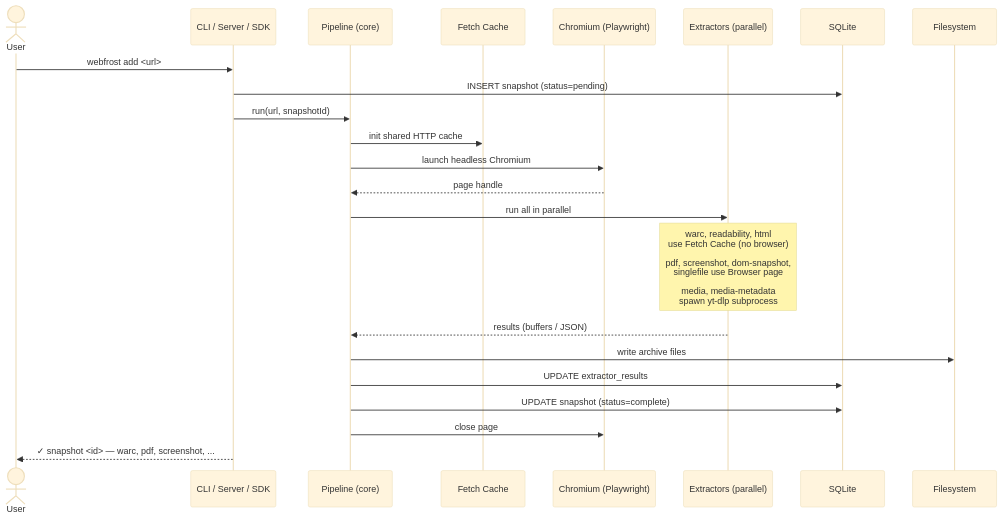
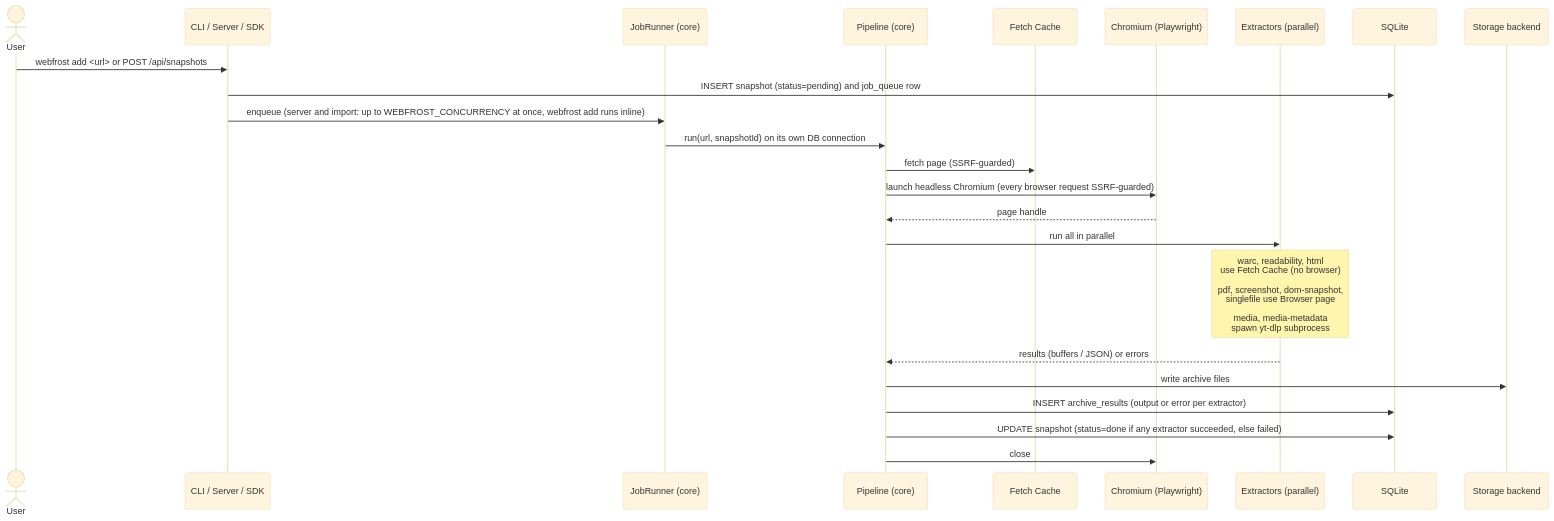
Before and after one commit to gtkatakura/webfrost: the first of 4 diagrams in docs/explanation/pipeline.md, drawn with Mermaid (base theme). The commit also changed other lines of this file and 55 other files, not shown here.

````diff
--- a/docs/explanation/pipeline.md
+++ b/docs/explanation/pipeline.md
@@ -13,31 +13,31 @@
 ```mermaid
 sequenceDiagram
   actor User
   participant CLI as CLI / Server / SDK
+  participant Runner as JobRunner (core)
   participant Pipeline as Pipeline (core)
   participant Cache as Fetch Cache
   participant Browser as Chromium (Playwright)
   participant Extractors as Extractors (parallel)
   participant DB as SQLite
-  participant FS as Filesystem
+  participant FS as Storage backend
 
-  User->>CLI: webfrost add <url>
-  CLI->>DB: INSERT snapshot (status=pending)
-  CLI->>Pipeline: run(url, snapshotId)
+  User->>CLI: webfrost add <url> or POST /api/snapshots
+  CLI->>DB: INSERT snapshot (status=pending) and job_queue row
+  CLI->>Runner: enqueue (server and import: up to WEBFROST_CONCURRENCY at once, webfrost add runs inline)
+  Runner->>Pipeline: run(url, snapshotId) on its own DB connection
 
-  Pipeline->>Cache: init shared HTTP cache
-  Pipeline->>Browser: launch headless Chromium
+  Pipeline->>Cache: fetch page (SSRF-guarded)
+  Pipeline->>Browser: launch headless Chromium (every browser request SSRF-guarded)
   Browser-->>Pipeline: page handle
 
   Pipeline->>Extractors: run all in parallel
   note over Extractors: warc, readability, html<br/>use Fetch Cache (no browser)<br/><br/>pdf, screenshot, dom-snapshot,<br/>singlefile use Browser page<br/><br/>media, media-metadata<br/>spawn yt-dlp subprocess
 
-  Extractors-->>Pipeline: results (buffers / JSON)
+  Extractors-->>Pipeline: results (buffers / JSON) or errors
 
   Pipeline->>FS: write archive files
-  Pipeline->>DB: UPDATE extractor_results
-  Pipeline->>DB: UPDATE snapshot (status=complete)
-  Pipeline->>Browser: close page
-
-  CLI-->>User: ✓ snapshot <id> — warc, pdf, screenshot, ...
+  Pipeline->>DB: INSERT archive_results (output or error per extractor)
+  Pipeline->>DB: UPDATE snapshot (status=done if any extractor succeeded, else failed)
+  Pipeline->>Browser: close
 ```
````
